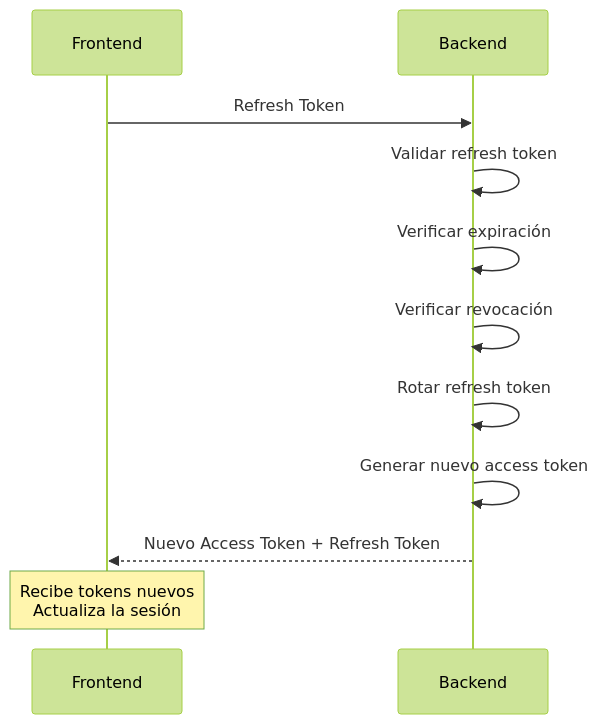
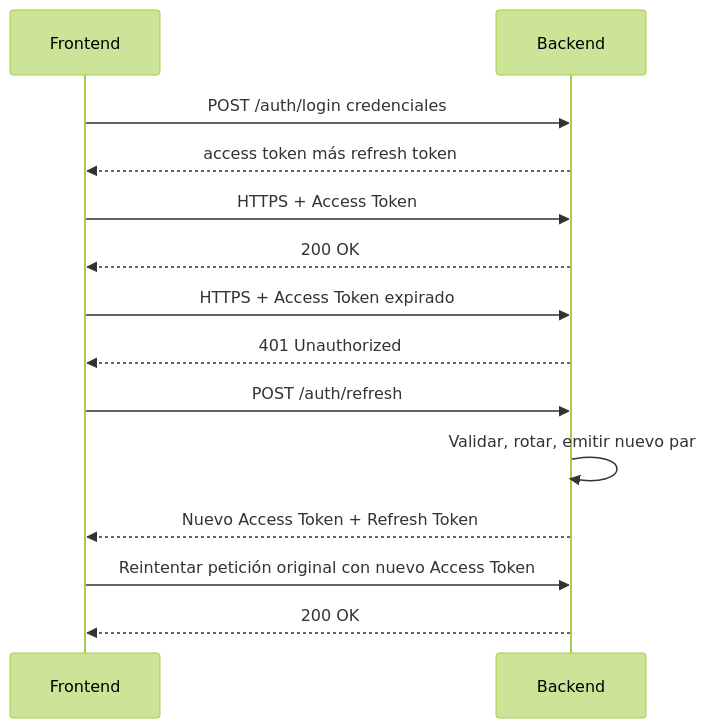
One commit to mytheondev/mytheondev changed the third of 9 diagrams in src/content/blog/refresh-tokens-do-not-keep-access-tokens-alive.es.md. Above: the diagram before and after it, drawn with Mermaid (forest theme). The commit also changed other lines of this file and 33 other files, not shown here.

````diff
--- a/src/content/blog/refresh-tokens-do-not-keep-access-tokens-alive.es.md
+++ b/src/content/blog/refresh-tokens-do-not-keep-access-tokens-alive.es.md
@@ -140,17 +98,17 @@
 ```mermaid
 sequenceDiagram
     participant F as Frontend
     participant B as Backend
 
-    F->>B: Refresh Token
-
-    B->>B: Validar refresh token
-    B->>B: Verificar expiración
-    B->>B: Verificar revocación
-    B->>B: Rotar refresh token
-    B->>B: Generar nuevo access token
-
+    F->>B: POST /auth/login credenciales
+    B-->>F: access token más refresh token
+    F->>B: HTTPS + Access Token
+    B-->>F: 200 OK
+    F->>B: HTTPS + Access Token expirado
+    B-->>F: 401 Unauthorized
+    F->>B: POST /auth/refresh
+    B->>B: Validar, rotar, emitir nuevo par
     B-->>F: Nuevo Access Token + Refresh Token
-
-    Note over F: Recibe tokens nuevos<br/>Actualiza la sesión
+    F->>B: Reintentar petición original con nuevo Access Token
+    B-->>F: 200 OK
 ```
````
